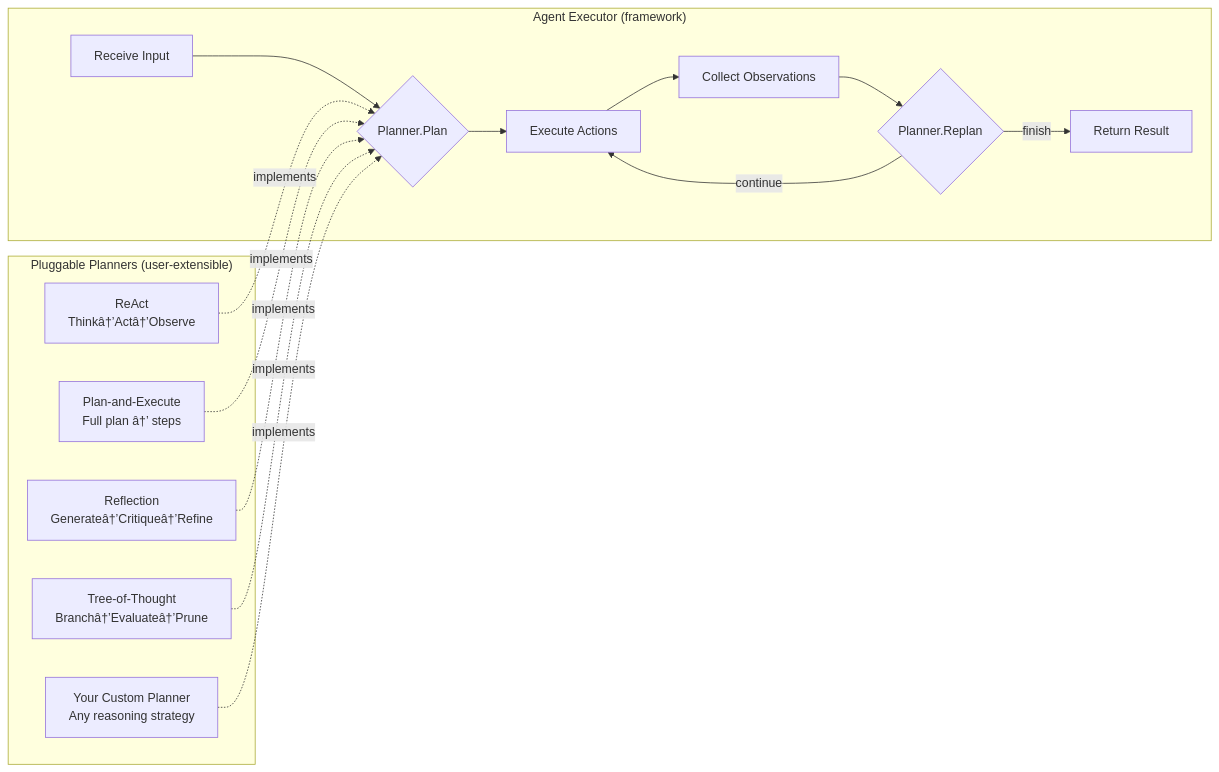
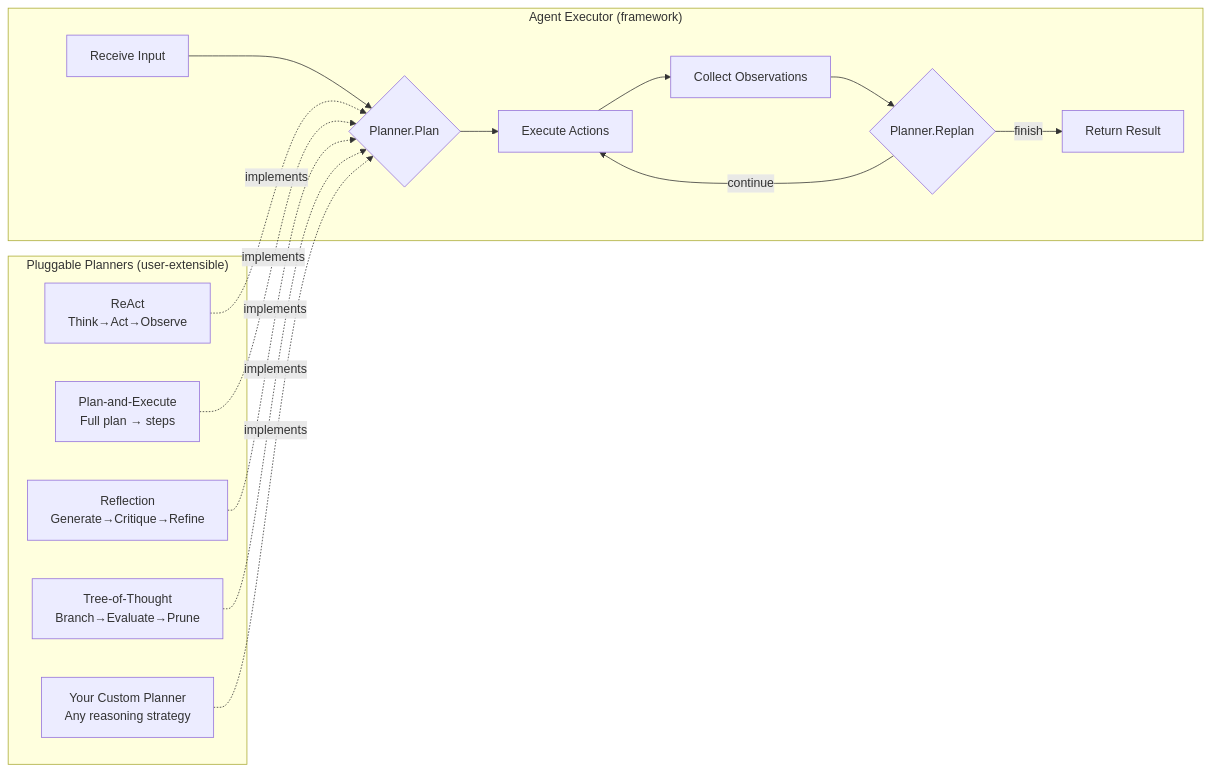
The third of 6 diagrams in docs/architecture.md (lookatitude/beluga-ai), drawn with Mermaid before and after one commit. The commit also changed other lines of this file and 222 other files, not shown here.

````diff
--- a/docs/architecture.md
+++ b/docs/architecture.md
@@ -896,21 +896,21 @@
 ```mermaid
 graph LR
     subgraph "Agent Executor (framework)"
         A[Receive Input] --> B{Planner.Plan}
         B --> C[Execute Actions]
         C --> D[Collect Observations]
         D --> E{Planner.Replan}
         E -->|continue| C
         E -->|finish| F[Return Result]
     end
 
     subgraph "Pluggable Planners (user-extensible)"
-        P1[ReAct<br/>Thinkâ†’Actâ†’Observe]
-        P2[Plan-and-Execute<br/>Full plan â†’ steps]
-        P3[Reflection<br/>Generateâ†’Critiqueâ†’Refine]
-        P4[Tree-of-Thought<br/>Branchâ†’Evaluateâ†’Prune]
+        P1[ReAct<br/>Think→Act→Observe]
+        P2[Plan-and-Execute<br/>Full plan → steps]
+        P3[Reflection<br/>Generate→Critique→Refine]
+        P4[Tree-of-Thought<br/>Branch→Evaluate→Prune]
         P5[Your Custom Planner<br/>Any reasoning strategy]
     end
 
     P1 & P2 & P3 & P4 & P5 -.->|implements| B
 ```
````
